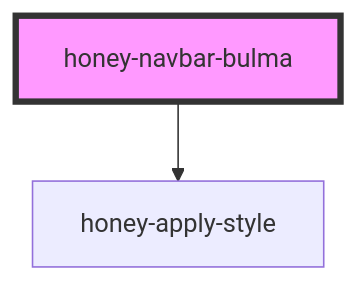
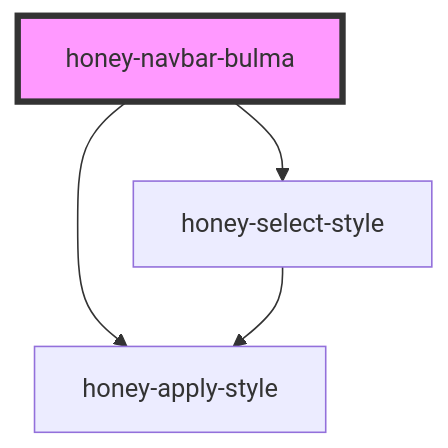
The diagram in src/components/honey-style-lib/honey-navbar/honey-navbar-bulma/readme.md (Huluvu424242/honey-news), drawn with Mermaid before and after one commit. The commit also changed other lines of this file and 17 other files, not shown here.

````diff
--- a/src/components/honey-style-lib/honey-navbar/honey-navbar-bulma/readme.md
+++ b/src/components/honey-style-lib/honey-navbar/honey-navbar-bulma/readme.md
@@ -15,5 +16,7 @@
 ```mermaid
 graph TD;
   honey-navbar-bulma --> honey-apply-style
+  honey-navbar-bulma --> honey-select-style
+  honey-select-style --> honey-apply-style
   style honey-navbar-bulma fill:#f9f,stroke:#333,stroke-width:4px
 ```
````
